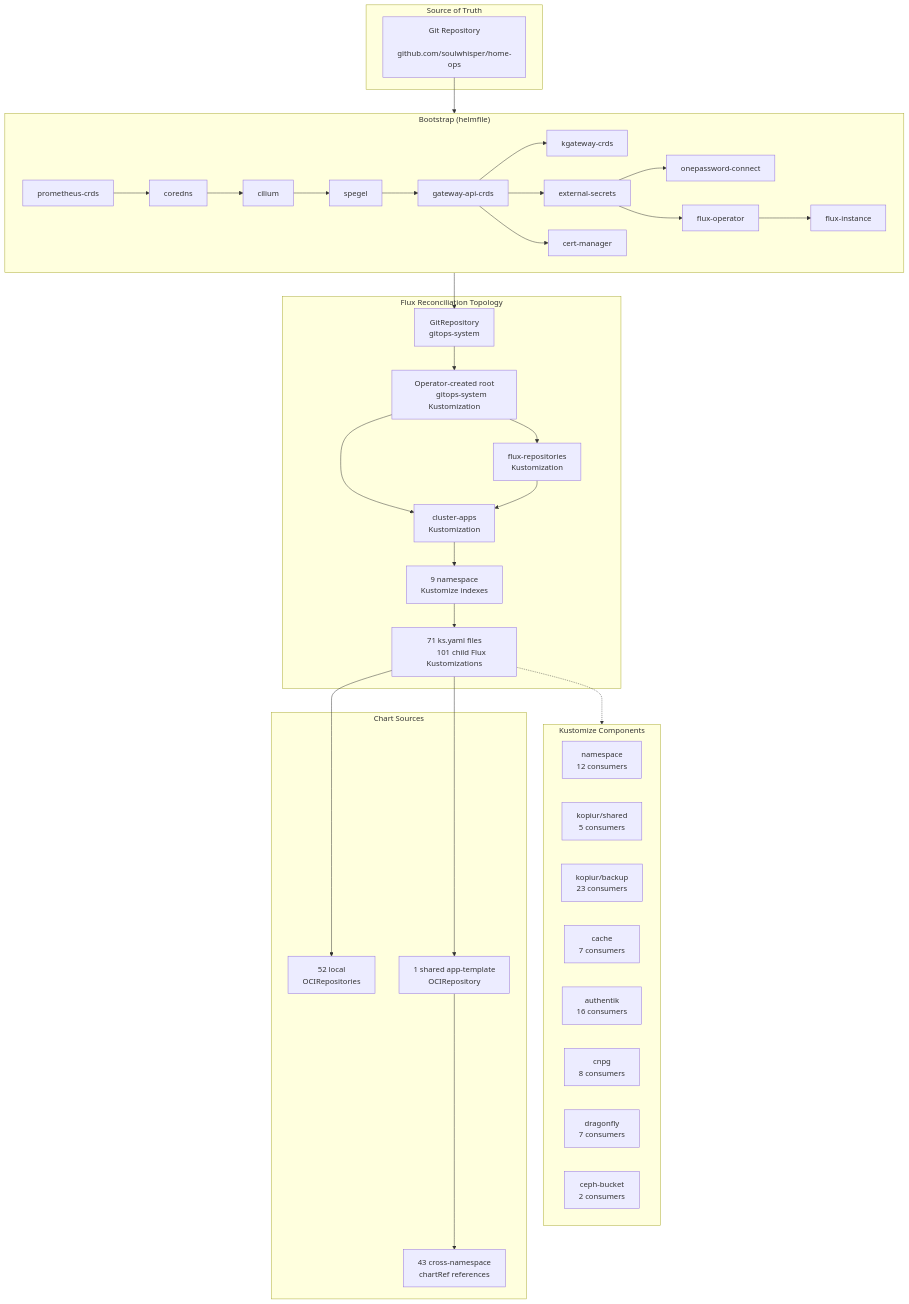
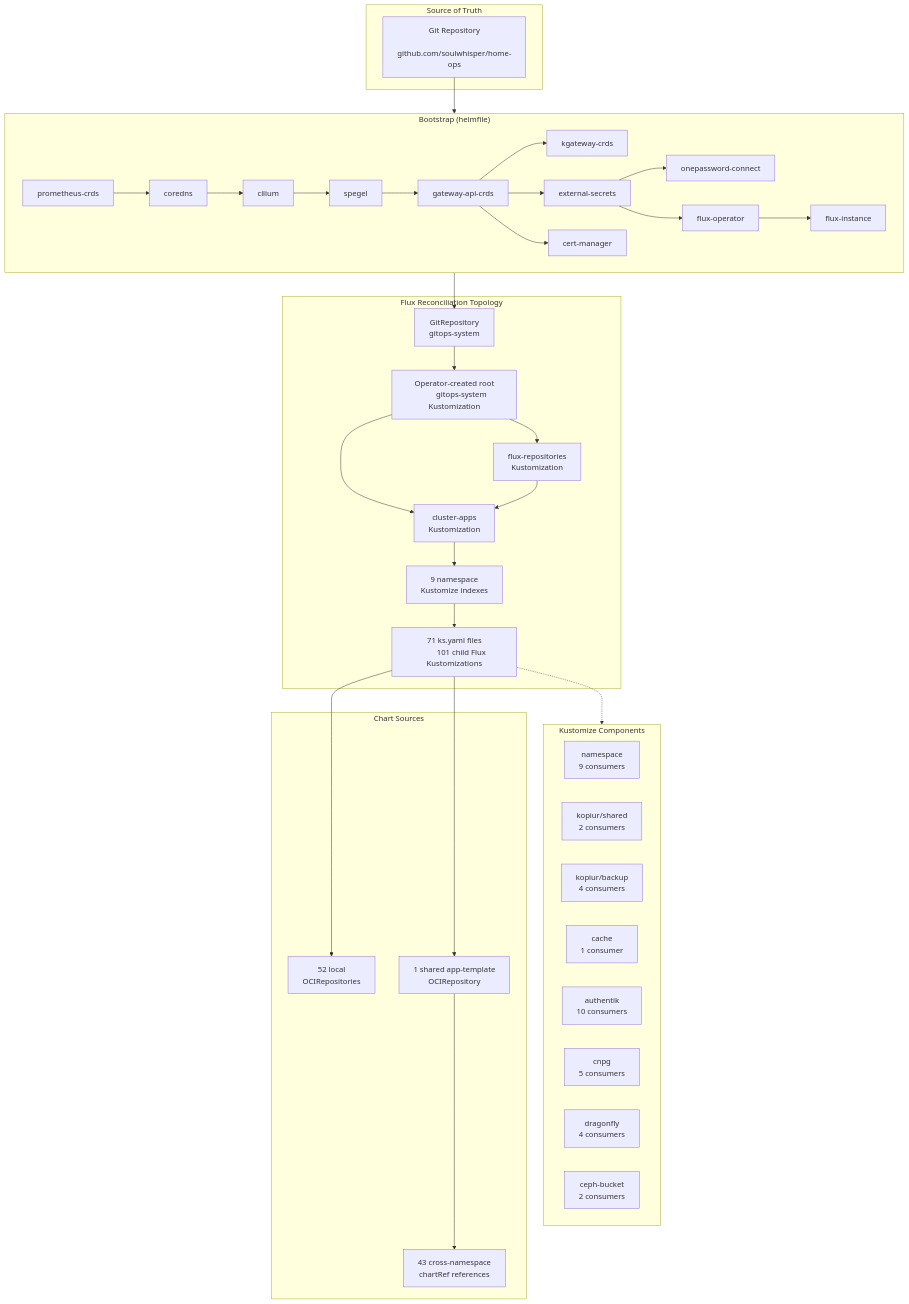
The diagram in docs/infrastructure/kubernetes.md (soulwhisper/home-ops), drawn with Mermaid before and after one commit. The commit also changed other lines of this file, not shown here.

Commit message:
docs(kubernetes): refresh component consumer counts after parking

````diff
--- a/docs/infrastructure/kubernetes.md
+++ b/docs/infrastructure/kubernetes.md
@@ -12,71 +12,71 @@
 ```mermaid
 flowchart TB
     subgraph Source["Source of Truth"]
         GIT["Git Repository
         github.com/soulwhisper/home-ops"]
     end
 
     subgraph Bootstrap["Bootstrap (helmfile)"]
         direction LR
         B1["prometheus-crds"] --> B2["coredns"]
         B2 --> B3["cilium"]
         B3 --> B4["spegel"]
         B4 --> B5["gateway-api-crds"]
         B5 --> B6["kgateway-crds"]
         B5 --> B7["external-secrets"]
         B5 --> B8["cert-manager"]
         B7 --> B9["onepassword-connect"]
         B7 --> B11["flux-operator"]
         B11 --> B12["flux-instance"]
     end
 
     subgraph FluxTopo["Flux Reconciliation Topology"]
         GR["GitRepository
         gitops-system"] --> ROOT["Operator-created root
         gitops-system Kustomization"]
         ROOT --> FR["flux-repositories
         Kustomization"]
         ROOT --> CA["cluster-apps
         Kustomization"]
         FR --> CA
         CA --> NS["9 namespace
         Kustomize indexes"]
         NS --> APPS["71 ks.yaml files
         101 child Flux Kustomizations"]
     end
 
     subgraph Components["Kustomize Components"]
         NS_COMP["namespace
-        12 consumers"]
+        9 consumers"]
         KOPIUR_SECRET["kopiur/shared
+        2 consumers"]
+        KOPIUR_BACKUP["kopiur/backup
+        4 consumers"]
+        CACHE["cache
+        1 consumer"]
+        AUTHENTIK["authentik
+        10 consumers"]
+        CNPG["cnpg
         5 consumers"]
-        KOPIUR_BACKUP["kopiur/backup
-        23 consumers"]
-        CACHE["cache
-        7 consumers"]
-        AUTHENTIK["authentik
-        16 consumers"]
-        CNPG["cnpg
-        8 consumers"]
         DRAGONFLY["dragonfly
-        7 consumers"]
+        4 consumers"]
         CEPH["ceph-bucket
         2 consumers"]
     end
 
     subgraph Charts["Chart Sources"]
         OCI_OWN["52 local
         OCIRepositories"]
         OCI_TPL["1 shared app-template
         OCIRepository"]
         CROSS["43 cross-namespace
         chartRef references"]
     end
 
     GIT --> Bootstrap
     Bootstrap --> GR
     APPS -.-> Components
     APPS --> OCI_OWN
     APPS --> OCI_TPL
     OCI_TPL --> CROSS
 ```
````
